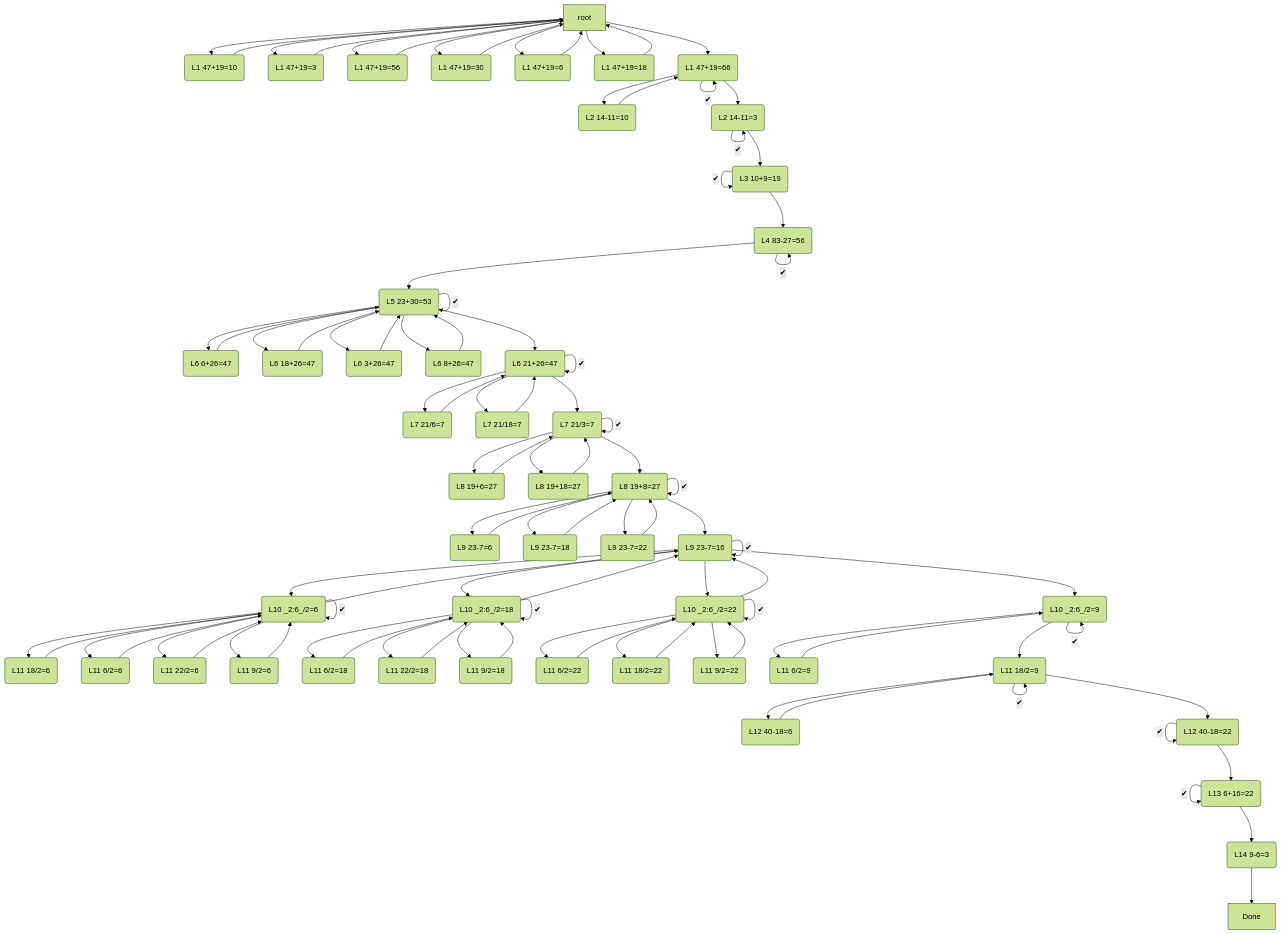
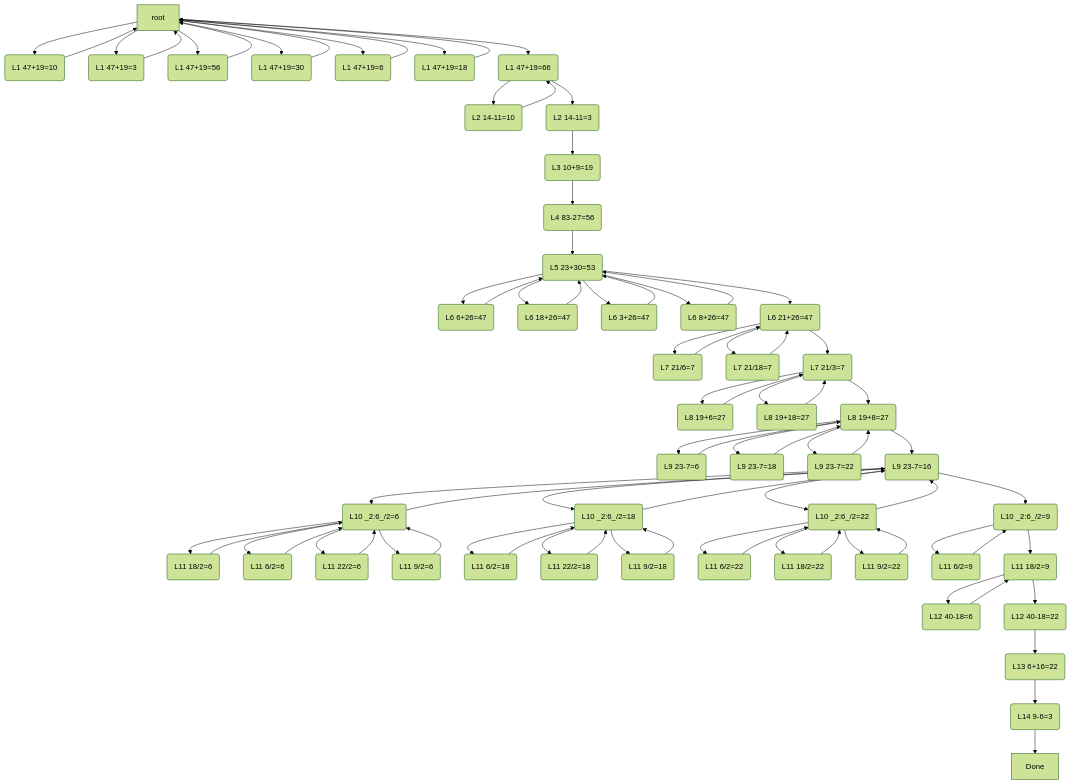
Before and after one commit to buildcomplete/YT-autoplay-cross-math: the third of 5 diagrams in README.md, drawn with Mermaid (forest theme). The commit also changed other lines of this file and 2 other files, not shown here.

Commit message:
Some minor simplifications to test what breaks github

````diff
--- a/README.md
+++ b/README.md
@@ -237,13 +237,13 @@
 L1_47p19e6("L1 47+19=6")-->root
 root-->L1_47p19e18("L1 47+19=18")
 L1_47p19e18("L1 47+19=18")-->root
-root-->L1_47p19e66("L1 47+19=66")--✔-->
+root-->L1_47p19e66("L1 47+19=66")
 L1_47p19e66("L1 47+19=66")-->L2_14m11e10("L2 14-11=10")
 L2_14m11e10("L2 14-11=10")-->L1_47p19e66("L1 47+19=66")
-L1_47p19e66("L1 47+19=66")-->L2_14m11e3("L2 14-11=3")--✔-->
-L2_14m11e3("L2 14-11=3")-->L3_10p9e19("L3 10+9=19")--✔-->
-L3_10p9e19("L3 10+9=19")-->L4_83m27e56("L4 83-27=56")--✔-->
-L4_83m27e56("L4 83-27=56")-->L5_23p30e53("L5 23+30=53")--✔-->
+L1_47p19e66("L1 47+19=66")-->L2_14m11e3("L2 14-11=3")
+L2_14m11e3("L2 14-11=3")-->L3_10p9e19("L3 10+9=19")
+L3_10p9e19("L3 10+9=19")-->L4_83m27e56("L4 83-27=56")
+L4_83m27e56("L4 83-27=56")-->L5_23p30e53("L5 23+30=53")
 L5_23p30e53("L5 23+30=53")-->L6_6p26e47("L6 6+26=47")
 L6_6p26e47("L6 6+26=47")-->L5_23p30e53("L5 23+30=53")
 L5_23p30e53("L5 23+30=53")-->L6_18p26e47("L6 18+26=47")
@@ -252,25 +252,25 @@
 L6_3p26e47("L6 3+26=47")-->L5_23p30e53("L5 23+30=53")
 L5_23p30e53("L5 23+30=53")-->L6_8p26e47("L6 8+26=47")
 L6_8p26e47("L6 8+26=47")-->L5_23p30e53("L5 23+30=53")
-L5_23p30e53("L5 23+30=53")-->L6_21p26e47("L6 21+26=47")--✔-->
+L5_23p30e53("L5 23+30=53")-->L6_21p26e47("L6 21+26=47")
 L6_21p26e47("L6 21+26=47")-->L7_21s6e7("L7 21/6=7")
 L7_21s6e7("L7 21/6=7")-->L6_21p26e47("L6 21+26=47")
 L6_21p26e47("L6 21+26=47")-->L7_21s18e7("L7 21/18=7")
 L7_21s18e7("L7 21/18=7")-->L6_21p26e47("L6 21+26=47")
-L6_21p26e47("L6 21+26=47")-->L7_21s3e7("L7 21/3=7")--✔-->
+L6_21p26e47("L6 21+26=47")-->L7_21s3e7("L7 21/3=7")
 L7_21s3e7("L7 21/3=7")-->L8_19p6e27("L8 19+6=27")
 L8_19p6e27("L8 19+6=27")-->L7_21s3e7("L7 21/3=7")
 L7_21s3e7("L7 21/3=7")-->L8_19p18e27("L8 19+18=27")
 L8_19p18e27("L8 19+18=27")-->L7_21s3e7("L7 21/3=7")
-L7_21s3e7("L7 21/3=7")-->L8_19p8e27("L8 19+8=27")--✔-->
+L7_21s3e7("L7 21/3=7")-->L8_19p8e27("L8 19+8=27")
 L8_19p8e27("L8 19+8=27")-->L9_23m7e6("L9 23-7=6")
 L9_23m7e6("L9 23-7=6")-->L8_19p8e27("L8 19+8=27")
 L8_19p8e27("L8 19+8=27")-->L9_23m7e18("L9 23-7=18")
 L9_23m7e18("L9 23-7=18")-->L8_19p8e27("L8 19+8=27")
 L8_19p8e27("L8 19+8=27")-->L9_23m7e22("L9 23-7=22")
 L9_23m7e22("L9 23-7=22")-->L8_19p8e27("L8 19+8=27")
-L8_19p8e27("L8 19+8=27")-->L9_23m7e16("L9 23-7=16")--✔-->
-L9_23m7e16("L9 23-7=16")-->L10__2:6_s2e6("L10 _2:6_/2=6")--✔-->
+L8_19p8e27("L8 19+8=27")-->L9_23m7e16("L9 23-7=16")
+L9_23m7e16("L9 23-7=16")-->L10__2:6_s2e6("L10 _2:6_/2=6")
 L10__2:6_s2e6("L10 _2:6_/2=6")-->L11_18s2e6("L11 18/2=6")
 L11_18s2e6("L11 18/2=6")-->L10__2:6_s2e6("L10 _2:6_/2=6")
 L10__2:6_s2e6("L10 _2:6_/2=6")-->L11_6s2e6("L11 6/2=6")
@@ -279,33 +279,30 @@
 L11_22s2e6("L11 22/2=6")-->L10__2:6_s2e6("L10 _2:6_/2=6")
 L10__2:6_s2e6("L10 _2:6_/2=6")-->L11_9s2e6("L11 9/2=6")
 L11_9s2e6("L11 9/2=6")-->L10__2:6_s2e6("L10 _2:6_/2=6")
-
 L10__2:6_s2e6("L10 _2:6_/2=6")-->L9_23m7e16("L9 23-7=16")
-L9_23m7e16("L9 23-7=16")-->L10__2:6_s2e18("L10 _2:6_/2=18")--✔-->
+L9_23m7e16("L9 23-7=16")-->L10__2:6_s2e18("L10 _2:6_/2=18")
 L10__2:6_s2e18("L10 _2:6_/2=18")-->L11_6s2e18("L11 6/2=18")
 L11_6s2e18("L11 6/2=18")-->L10__2:6_s2e18("L10 _2:6_/2=18")
 L10__2:6_s2e18("L10 _2:6_/2=18")-->L11_22s2e18("L11 22/2=18")
 L11_22s2e18("L11 22/2=18")-->L10__2:6_s2e18("L10 _2:6_/2=18")
 L10__2:6_s2e18("L10 _2:6_/2=18")-->L11_9s2e18("L11 9/2=18")
 L11_9s2e18("L11 9/2=18")-->L10__2:6_s2e18("L10 _2:6_/2=18")
-
 L10__2:6_s2e18("L10 _2:6_/2=18")-->L9_23m7e16("L9 23-7=16")
-L9_23m7e16("L9 23-7=16")-->L10__2:6_s2e22("L10 _2:6_/2=22")--✔-->
+L9_23m7e16("L9 23-7=16")-->L10__2:6_s2e22("L10 _2:6_/2=22")
 L10__2:6_s2e22("L10 _2:6_/2=22")-->L11_6s2e22("L11 6/2=22")
 L11_6s2e22("L11 6/2=22")-->L10__2:6_s2e22("L10 _2:6_/2=22")
 L10__2:6_s2e22("L10 _2:6_/2=22")-->L11_18s2e22("L11 18/2=22")
 L11_18s2e22("L11 18/2=22")-->L10__2:6_s2e22("L10 _2:6_/2=22")
 L10__2:6_s2e22("L10 _2:6_/2=22")-->L11_9s2e22("L11 9/2=22")
 L11_9s2e22("L11 9/2=22")-->L10__2:6_s2e22("L10 _2:6_/2=22")
-
 L10__2:6_s2e22("L10 _2:6_/2=22")-->L9_23m7e16("L9 23-7=16")
-L9_23m7e16("L9 23-7=16")-->L10__2:6_s2e9("L10 _2:6_/2=9")--✔-->
+L9_23m7e16("L9 23-7=16")-->L10__2:6_s2e9("L10 _2:6_/2=9")
 L10__2:6_s2e9("L10 _2:6_/2=9")-->L11_6s2e9("L11 6/2=9")
 L11_6s2e9("L11 6/2=9")-->L10__2:6_s2e9("L10 _2:6_/2=9")
-L10__2:6_s2e9("L10 _2:6_/2=9")-->L11_18s2e9("L11 18/2=9")--✔-->
+L10__2:6_s2e9("L10 _2:6_/2=9")-->L11_18s2e9("L11 18/2=9")
 L11_18s2e9("L11 18/2=9")-->L12_40m18e6("L12 40-18=6")
 L12_40m18e6("L12 40-18=6")-->L11_18s2e9("L11 18/2=9")
-L11_18s2e9("L11 18/2=9")-->L12_40m18e22("L12 40-18=22")--✔-->
-L12_40m18e22("L12 40-18=22")-->L13_6p16e22("L13 6+16=22")--✔-->
+L11_18s2e9("L11 18/2=9")-->L12_40m18e22("L12 40-18=22")
+L12_40m18e22("L12 40-18=22")-->L13_6p16e22("L13 6+16=22")
 L13_6p16e22("L13 6+16=22")-->L14_9m6e3("L14 9-6=3")-->Done
 ```
````
